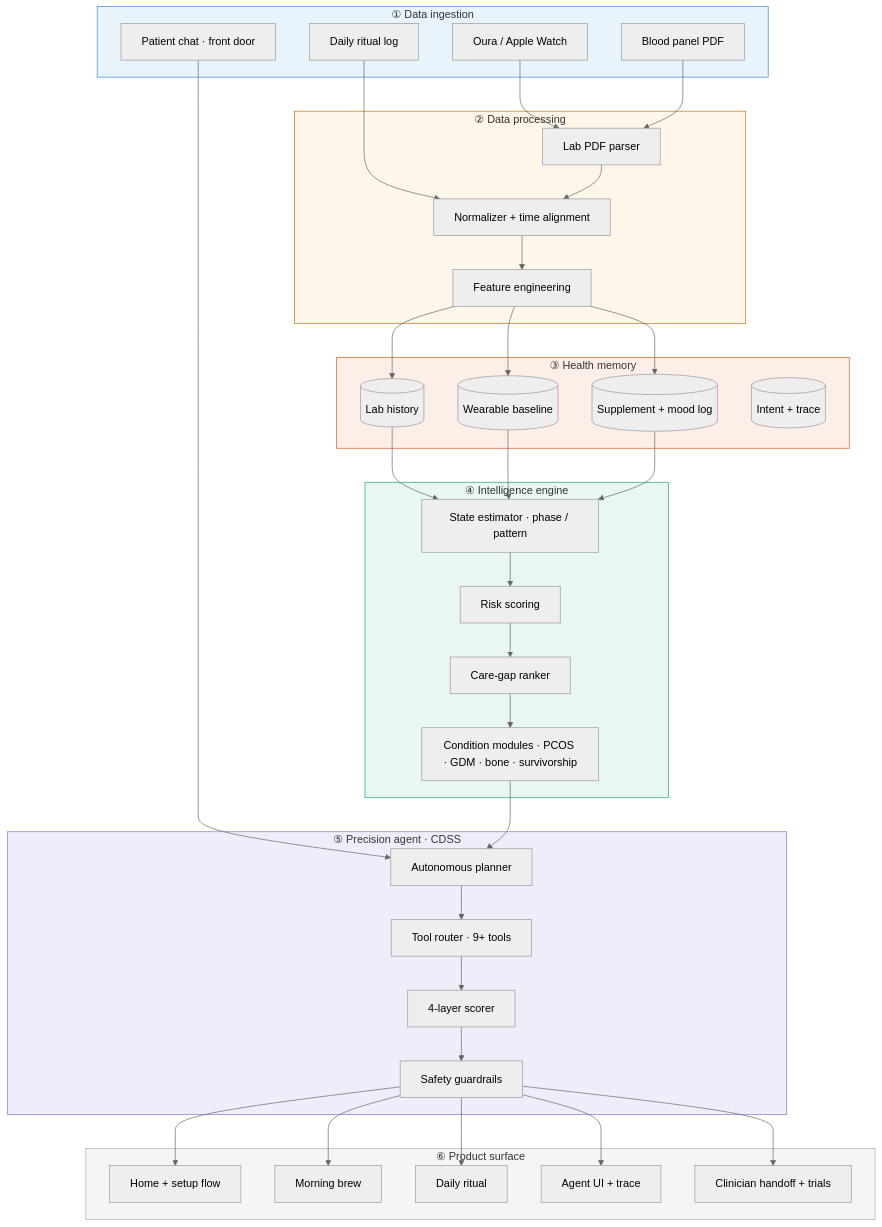
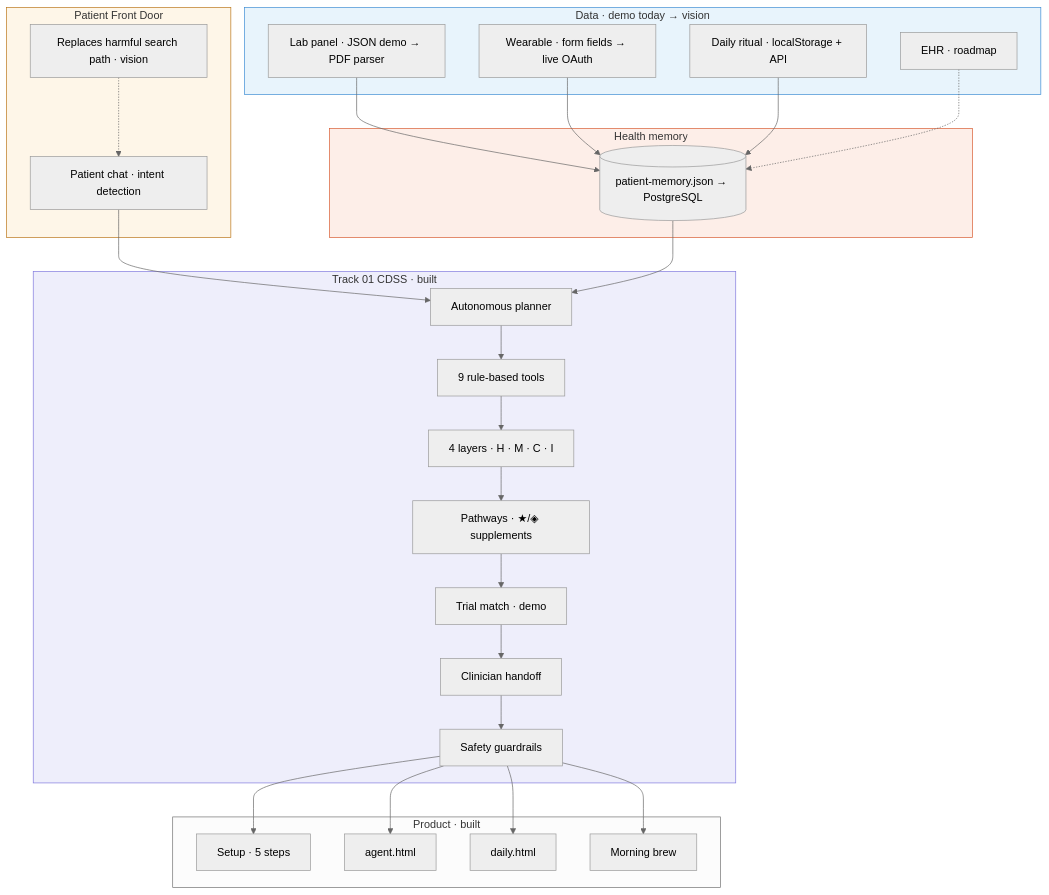
The second of 3 diagrams in docs/ARCHITECTURE.md (AlbinaKrasykova/Hsence-), drawn with Mermaid (neutral theme) before and after one commit. The commit also changed other lines of this file and 13 other files, not shown here.

First line of the commit message:
Add architecture PNG diagram and align docs with built vs vision stack.

````diff
--- a/docs/ARCHITECTURE.md
+++ b/docs/ARCHITECTURE.md
@@ -12,67 +97,48 @@
 ```mermaid
 flowchart TB
-  subgraph INGEST["① Data ingestion"]
-    OURA[Oura / Apple Watch]
-    PDF[Blood panel PDF]
-    LOG[Daily ritual log]
-    CHAT[Patient chat · front door]
+  subgraph PFD["Patient Front Door"]
+    CHAT[Patient chat · intent detection]
+    SEARCH[Replaces harmful search path · vision]
   end
 
-  subgraph PROCESS["② Data processing"]
-    PARSE[Lab PDF parser]
-    NORM[Normalizer + time alignment]
-    FEAT[Feature engineering]
+  subgraph INGEST["Data · demo today → vision"]
+    LABS[Lab panel · JSON demo → PDF parser]
+    WEAR[Wearable · form fields → live OAuth]
+    LOG[Daily ritual · localStorage + API]
+    EHR[EHR · roadmap]
   end
 
-  subgraph MEMORY["③ Health memory"]
-    LABS[(Lab history)]
-    WEAR[(Wearable baseline)]
-    DAILY[(Supplement + mood log)]
-    INTENT[(Intent + trace)]
+  subgraph MEMORY["Health memory"]
+    STORE[(patient-memory.json → PostgreSQL)]
   end
 
-  subgraph INTEL["④ Intelligence engine"]
-    STATE[State estimator · phase / pattern]
-    RISK[Risk scoring]
-    GAPS[Care-gap ranker]
-    COND[Condition modules · PCOS · GDM · bone · survivorship]
-  end
-
-  subgraph AGENT["⑤ Precision agent · CDSS"]
+  subgraph CDSS["Track 01 CDSS · built"]
     PLAN[Autonomous planner]
-    TOOLS[Tool router · 9+ tools]
-    LAYERS[4-layer scorer]
+    TOOLS[9 rule-based tools]
+    LAYERS[4 layers · H · M · C · I]
+    PATH[Pathways · ★/◈ supplements]
+    TRIAL[Trial match · demo]
+    HANDOFF[Clinician handoff]
     GUARD[Safety guardrails]
   end
 
-  subgraph SURFACE["⑥ Product surface"]
-    HOME[Home + setup flow]
+  subgraph UI["Product · built"]
+    HOME[Setup · 5 steps]
+    AGENT[agent.html]
+    DAILY[daily.html]
     BREW[Morning brew]
-    DAILY_UI[Daily ritual]
-    AGENT_UI[Agent UI + trace]
-    HANDOFF[Clinician handoff + trials]
   end
 
-  OURA --> PARSE
-  PDF --> PARSE
-  LOG --> NORM
   CHAT --> PLAN
+  LABS & WEAR & LOG --> STORE
+  EHR -.-> STORE
+  STORE --> PLAN
+  PLAN --> TOOLS --> LAYERS --> PATH --> TRIAL --> HANDOFF --> GUARD
+  GUARD --> HOME & AGENT & DAILY & BREW
+  SEARCH -.-> CHAT
 
-  PARSE --> NORM --> FEAT
-  FEAT --> LABS & WEAR & DAILY
-
-  LABS & WEAR & DAILY --> STATE
-  STATE --> RISK --> GAPS --> COND
-
-  COND --> PLAN
-  PLAN --> TOOLS --> LAYERS --> GUARD
-
-  GUARD --> HOME & BREW & DAILY_UI & AGENT_UI & HANDOFF
-
+  style PFD fill:#fef6e8,stroke:#BA7517
+  style CDSS fill:#eeeefb,stroke:#7F77DD
   style INGEST fill:#e8f4fc,stroke:#3B8BD4
-  style PROCESS fill:#fef6e8,stroke:#BA7517
   style MEMORY fill:#fdeee8,stroke:#D85A30
-  style INTEL fill:#e8f8f0,stroke:#1D9E75
-  style AGENT fill:#eeeefb,stroke:#7F77DD
-  style SURFACE fill:#f5f5f4,stroke:#b0aca8
 ```
````
